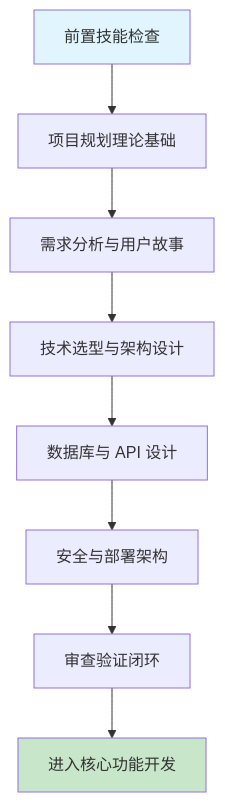
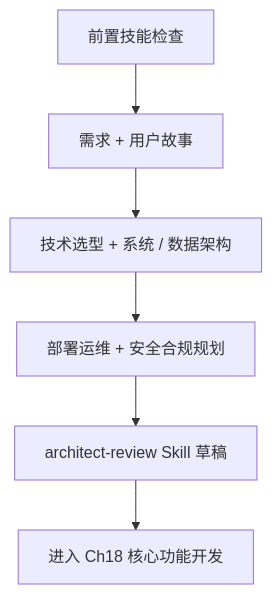
The first of 2 diagrams in 10_ai_related_course/trae/第五部分-综合项目实战/第十七章-项目规划与架构设计.md (ForceInjection/AI-fundamentals), drawn with Mermaid before and after one commit. The commit also changed other lines of this file and 3 other files, not shown here.

````diff
--- a/10_ai_related_course/trae/第五部分-综合项目实战/第十七章-项目规划与架构设计.md
+++ b/10_ai_related_course/trae/第五部分-综合项目实战/第十七章-项目规划与架构设计.md
@@ -9,13 +9,8 @@
 ```mermaid
 graph TD
-    A[前置技能检查] --> B[项目规划理论基础]
-    B --> C[需求分析与用户故事]
-    C --> D[技术选型与架构设计]
-    D --> E[数据库与 API 设计]
-    E --> F[安全与部署架构]
-    F --> G[审查验证闭环]
-    G --> H[进入核心功能开发]
-
-    style A fill:#e1f5fe
-    style H fill:#c8e6c9
+    A[前置技能检查] --> B["需求 + 用户故事"]
+    B --> C["技术选型 + 系统 / 数据架构"]
+    C --> D["部署运维 + 安全合规规划"]
+    D --> E[architect-review Skill 草稿]
+    E --> F[进入 Ch18 核心功能开发]
 ```
````
